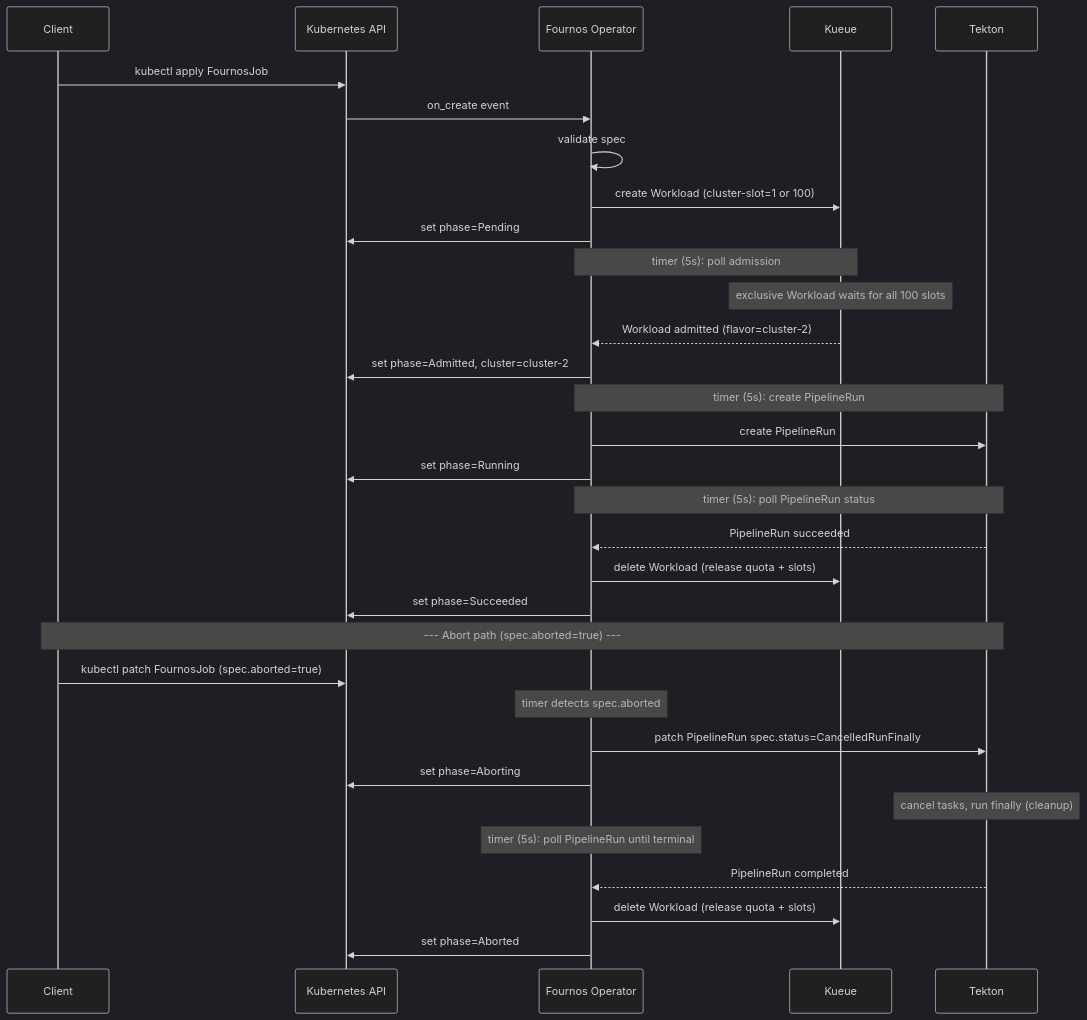
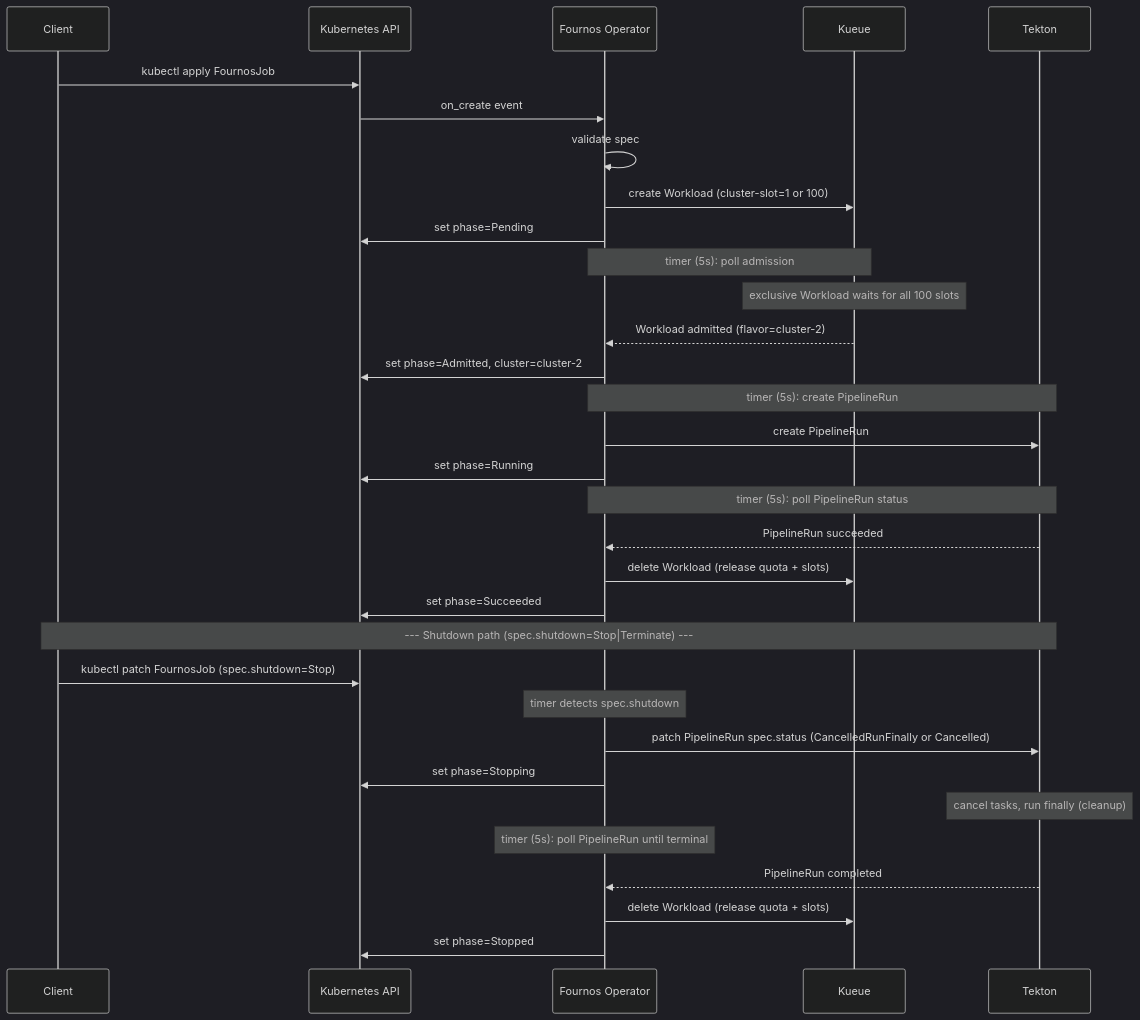
The second of 2 diagrams in Fournos_Design_Document.md (openshift-psap/fournos), drawn with Mermaid (dark theme) before and after one commit. The commit also changed other lines of this file and 10 other files, not shown here.

Commit message:
Rename abort to shutdown and use enum in crd; implement non-graceful shutdown option

````diff
--- a/Fournos_Design_Document.md
+++ b/Fournos_Design_Document.md
@@ -138,40 +138,40 @@
 ```mermaid
 sequenceDiagram
     participant Client
     participant K8sAPI as Kubernetes API
     participant Operator as Fournos Operator
     participant Kueue
     participant Tekton
 
     Client->>K8sAPI: kubectl apply FournosJob
     K8sAPI->>Operator: on_create event
     Operator->>Operator: validate spec
 
     Operator->>Kueue: create Workload (cluster-slot=1 or 100)
     Operator->>K8sAPI: set phase=Pending
 
     Note over Operator,Kueue: timer (5s): poll admission
     Note over Kueue: exclusive Workload waits for all 100 slots
     Kueue-->>Operator: Workload admitted (flavor=cluster-2)
     Operator->>K8sAPI: set phase=Admitted, cluster=cluster-2
 
     Note over Operator,Tekton: timer (5s): create PipelineRun
     Operator->>Tekton: create PipelineRun
     Operator->>K8sAPI: set phase=Running
 
     Note over Operator,Tekton: timer (5s): poll PipelineRun status
     Tekton-->>Operator: PipelineRun succeeded
     Operator->>Kueue: delete Workload (release quota + slots)
     Operator->>K8sAPI: set phase=Succeeded
 
-    Note over Client,Tekton: --- Abort path (spec.aborted=true) ---
-    Client->>K8sAPI: kubectl patch FournosJob (spec.aborted=true)
-    Note over Operator: timer detects spec.aborted
-    Operator->>Tekton: patch PipelineRun spec.status=CancelledRunFinally
-    Operator->>K8sAPI: set phase=Aborting
+    Note over Client,Tekton: --- Shutdown path (spec.shutdown=Stop|Terminate) ---
+    Client->>K8sAPI: kubectl patch FournosJob (spec.shutdown=Stop)
+    Note over Operator: timer detects spec.shutdown
+    Operator->>Tekton: patch PipelineRun spec.status (CancelledRunFinally or Cancelled)
+    Operator->>K8sAPI: set phase=Stopping
     Note over Tekton: cancel tasks, run finally (cleanup)
     Note over Operator: timer (5s): poll PipelineRun until terminal
     Tekton-->>Operator: PipelineRun completed
     Operator->>Kueue: delete Workload (release quota + slots)
-    Operator->>K8sAPI: set phase=Aborted
+    Operator->>K8sAPI: set phase=Stopped
 ```
````
